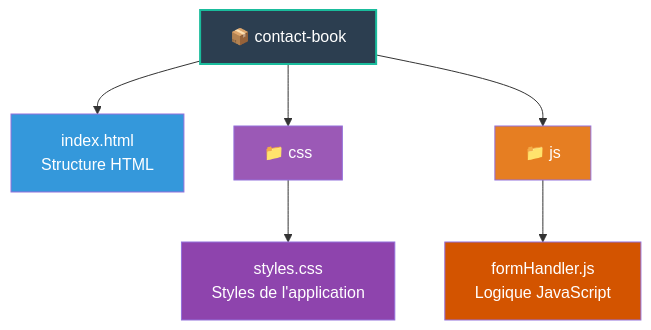
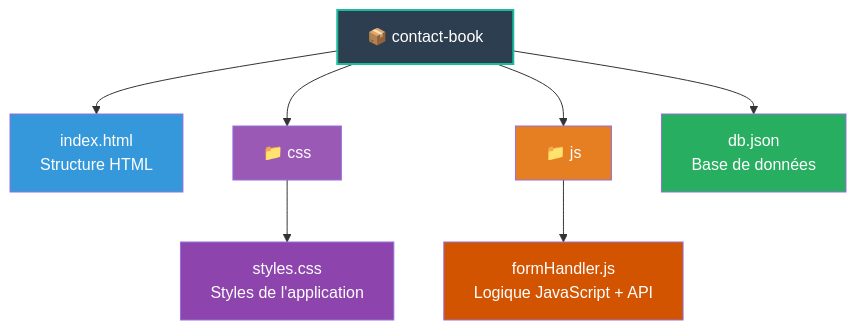
The diagram in README.md (Ardacun/contact-book), drawn with Mermaid before and after one commit. The commit also changed other lines of this file and 3 other files, not shown here.

````diff
--- a/README.md
+++ b/README.md
@@ -7,17 +7,18 @@
 ```mermaid
 graph TD
     A[📦 contact-book] --> B[index.html<br/>Structure HTML]
     A --> C[📁 css]
     A --> D[📁 js]
-
-    C --> E[styles.css<br/>Styles de l'application]
-    D --> F[formHandler.js<br/>Logique JavaScript]
-
+    A --> E[db.json<br/>Base de données]
+    C --> F[styles.css<br/>Styles de l'application]
+    D --> G[formHandler.js<br/>Logique JavaScript + API]
+    
     %% Styles
     style A fill:#2c3e50,color:#ffffff,stroke:#1abc9c,stroke-width:2px
     style B fill:#3498db,color:#ffffff
     style C fill:#9b59b6,color:#ffffff
     style D fill:#e67e22,color:#ffffff
-    style E fill:#8e44ad,color:#ffffff
-    style F fill:#d35400,color:#ffffff
+    style E fill:#27ae60,color:#ffffff
+    style F fill:#8e44ad,color:#ffffff
+    style G fill:#d35400,color:#ffffff
 ```
````
